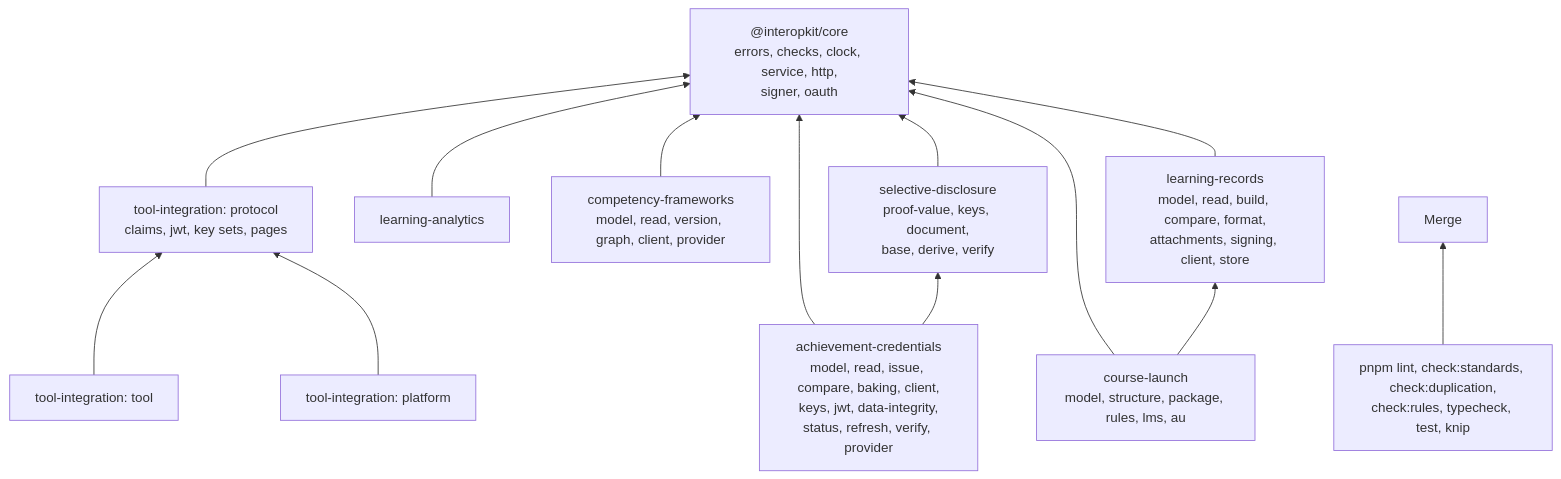
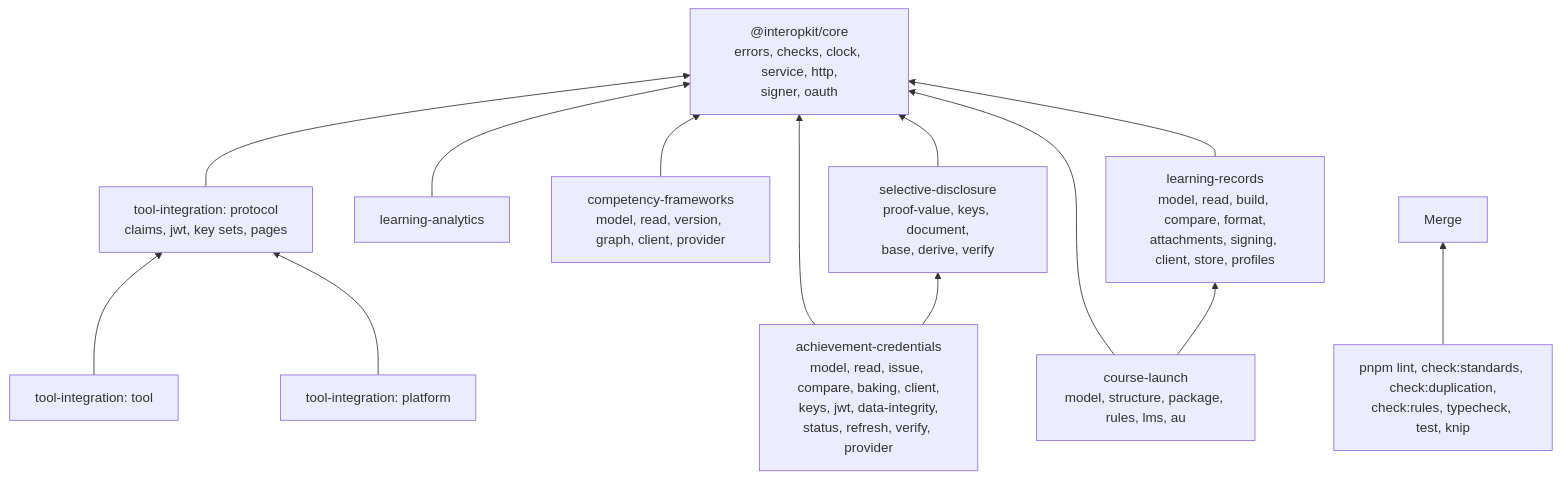
One commit to interopkit/interopkit changed the diagram in AGENTS.md. Above: the diagram before and after it, drawn with Mermaid. The commit also changed other lines of this file and 38 other files, not shown here.

````diff
--- a/AGENTS.md
+++ b/AGENTS.md
@@ -19,25 +19,25 @@
 ```mermaid
 flowchart BT
   core["@interopkit/core<br/>errors, checks, clock, service, http,<br/>signer, oauth"]
   proto["tool-integration: protocol<br/>claims, jwt, key sets, pages"]
   tool["tool-integration: tool"]
   plat["tool-integration: platform"]
   la["learning-analytics"]
   cf["competency-frameworks<br/>model, read, version, graph, client, provider"]
-  lr["learning-records<br/>model, read, build, compare, format,<br/>attachments, signing, client, store"]
+  lr["learning-records<br/>model, read, build, compare, format,<br/>attachments, signing, client, store, profiles"]
   sd["selective-disclosure<br/>proof-value, keys, document,<br/>base, derive, verify"]
   ac["achievement-credentials<br/>model, read, issue, compare, baking, client,<br/>keys, jwt, data-integrity,<br/>status, refresh, verify, provider"]
   cl["course-launch<br/>model, structure, package, rules, lms, au"]
   proto --> core
   tool --> proto
   plat --> proto
   la --> core
   cf --> core
   lr --> core
   sd --> core
   ac --> core
   ac --> sd
   cl --> core
   cl --> lr
   gates["pnpm lint, check:standards, check:duplication,<br/>check:rules, typecheck, test, knip"] --> merge["Merge"]
 ```
````
